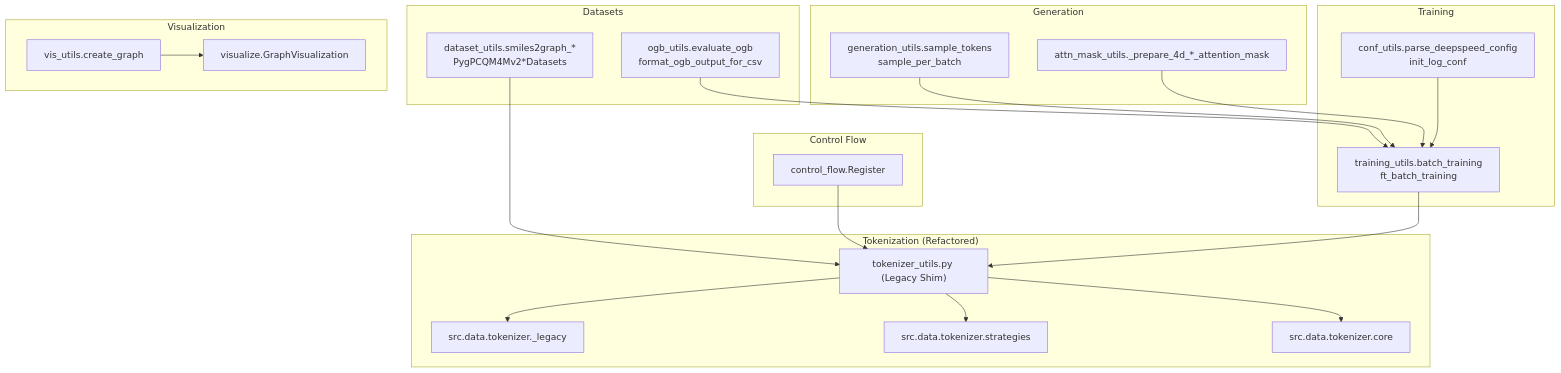
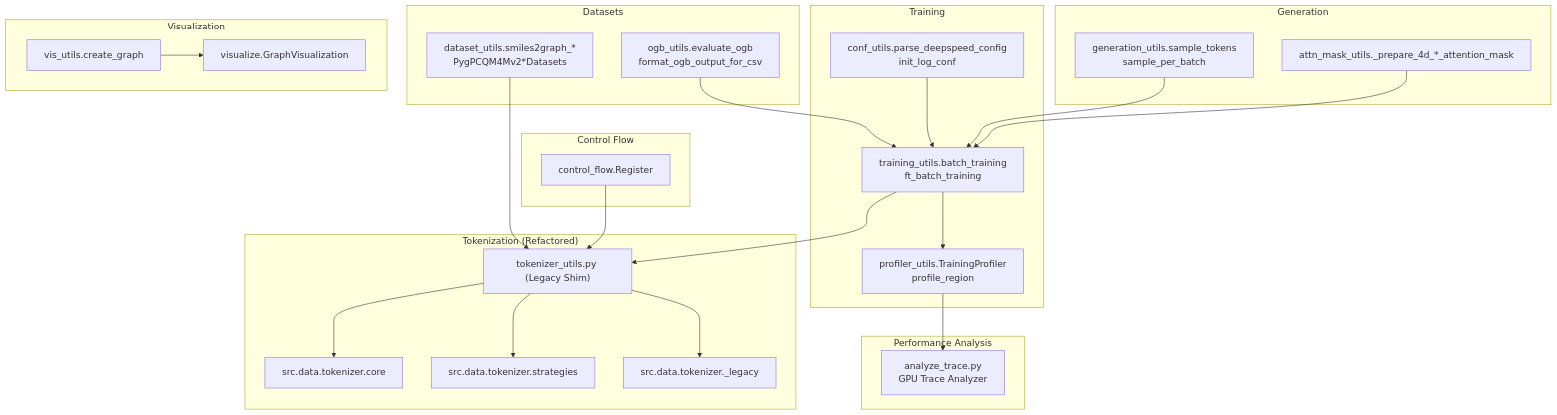
The second of 3 diagrams in .qoder/repowiki/en/content/Utility Functions/Utility Functions.md (alibaba/graph-gpt), drawn with Mermaid before and after one commit. The commit also changed other lines of this file and 6 other files, not shown here.

````diff
--- a/.qoder/repowiki/en/content/Utility Functions/Utility Functions.md
+++ b/.qoder/repowiki/en/content/Utility Functions/Utility Functions.md
@@ -136,39 +150,45 @@
 ```mermaid
 graph TB
 subgraph "Control Flow"
 CF["control_flow.Register"]
 end
 subgraph "Tokenization (Refactored)"
 TU["tokenizer_utils.py (Legacy Shim)"]
 T1["src.data.tokenizer.core"]
 T2["src.data.tokenizer.strategies"]
 T3["src.data.tokenizer._legacy"]
 end
 subgraph "Training"
 TR["training_utils.batch_training<br/>ft_batch_training"]
 CU["conf_utils.parse_deepspeed_config<br/>init_log_conf"]
+PR["profiler_utils.TrainingProfiler<br/>profile_region"]
 end
 subgraph "Datasets"
 DU["dataset_utils.smiles2graph_*<br/>PygPCQM4Mv2*Datasets"]
 OU["ogb_utils.evaluate_ogb<br/>format_ogb_output_for_csv"]
 end
 subgraph "Generation"
 GU["generation_utils.sample_tokens<br/>sample_per_batch"]
 AMU["attn_mask_utils._prepare_4d_*_attention_mask"]
 end
 subgraph "Visualization"
 VI["vis_utils.create_graph"]
 VL["visualize.GraphVisualization"]
 end
+subgraph "Performance Analysis"
+TA["analyze_trace.py<br/>GPU Trace Analyzer"]
+end
 CF --> TU
 TU --> T1
 TU --> T2
 TU --> T3
 TR --> TU
+TR --> PR
 CU --> TR
 DU --> TU
 OU --> TR
 GU --> TR
 AMU --> TR
 VI --> VL
+PR --> TA
 ```
````
